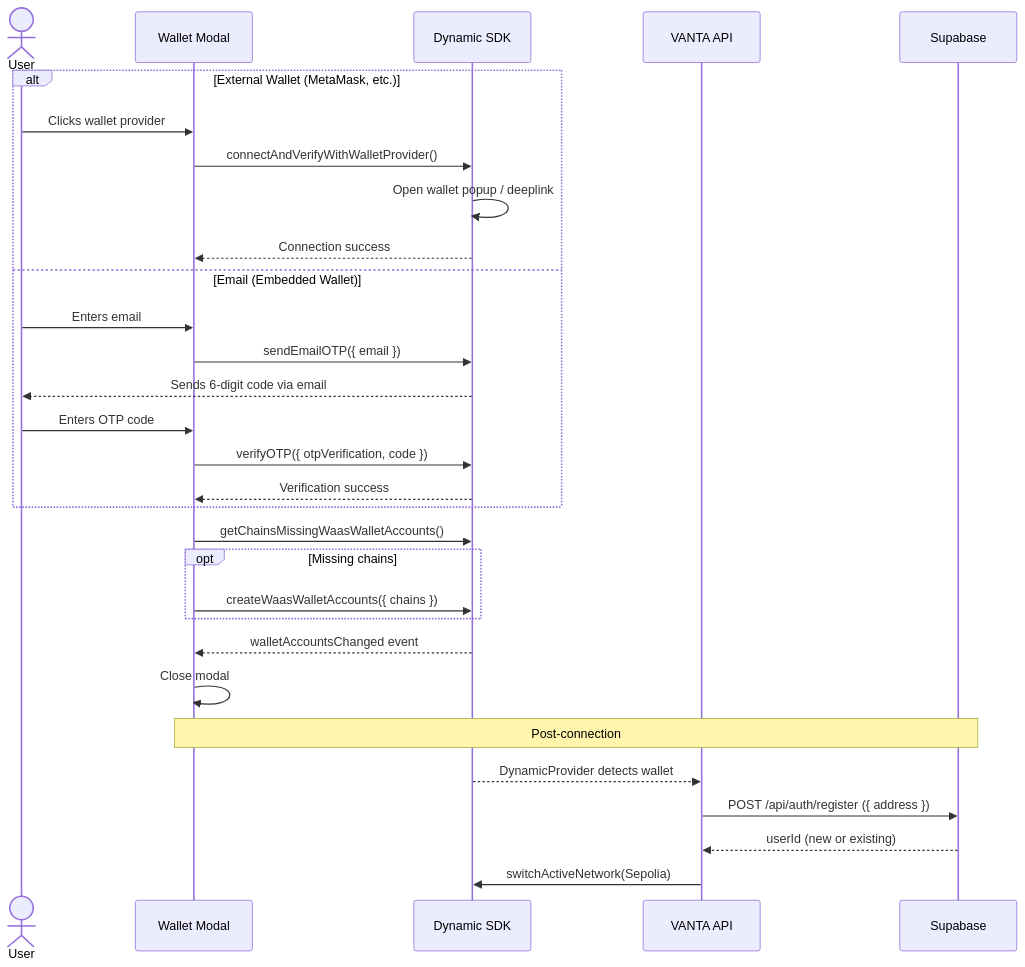
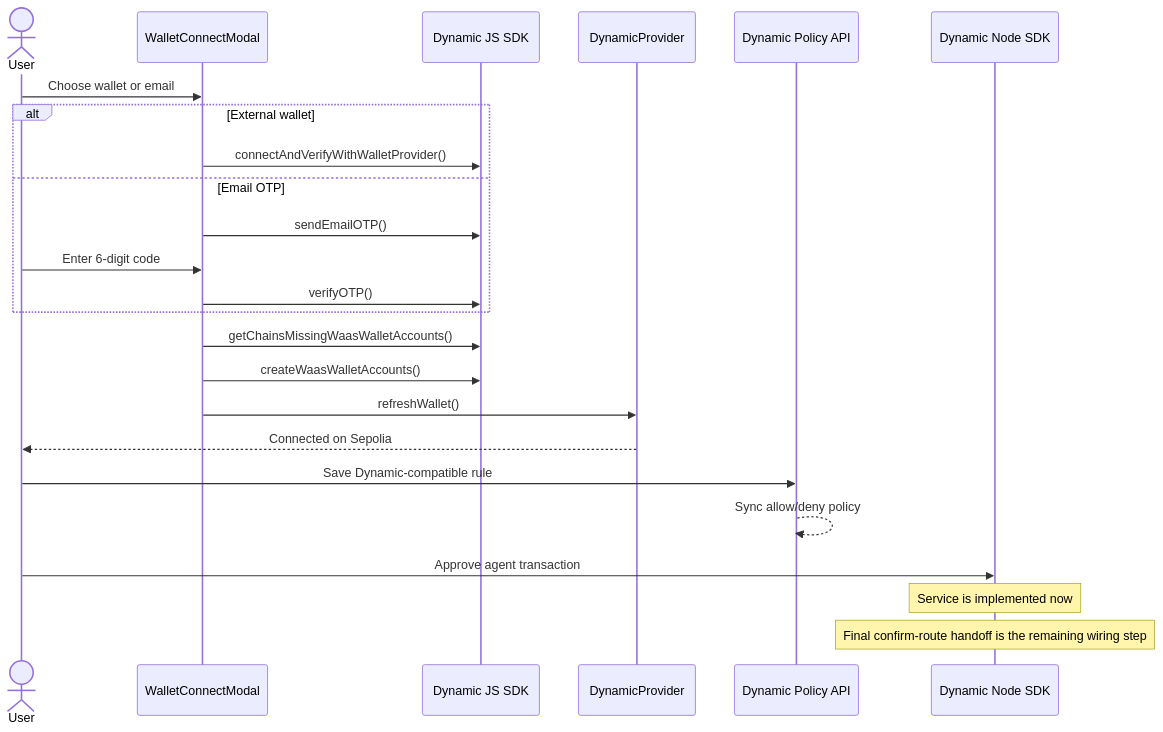
The second of 3 diagrams in docs/dynamic-integration.md (pranshurastogi/VANTA), drawn with Mermaid before and after one commit. The commit also changed other lines of this file and 33 other files, not shown here.

````diff
--- a/docs/dynamic-integration.md
+++ b/docs/dynamic-integration.md
@@ -716,37 +55,29 @@
 ```mermaid
 sequenceDiagram
     actor User
-    participant Modal as Wallet Modal
-    participant SDK as Dynamic SDK
-    participant API as VANTA API
-    participant DB as Supabase
+    participant Modal as WalletConnectModal
+    participant JS as Dynamic JS SDK
+    participant Provider as DynamicProvider
+    participant Rules as Dynamic Policy API
+    participant Node as Dynamic Node SDK
 
-    alt External Wallet (MetaMask, etc.)
-        User->>Modal: Clicks wallet provider
-        Modal->>SDK: connectAndVerifyWithWalletProvider()
-        SDK->>SDK: Open wallet popup / deeplink
-        SDK-->>Modal: Connection success
-    else Email (Embedded Wallet)
-        User->>Modal: Enters email
-        Modal->>SDK: sendEmailOTP({ email })
-        SDK-->>User: Sends 6-digit code via email
-        User->>Modal: Enters OTP code
-        Modal->>SDK: verifyOTP({ otpVerification, code })
-        SDK-->>Modal: Verification success
+    User->>Modal: Choose wallet or email
+    alt External wallet
+        Modal->>JS: connectAndVerifyWithWalletProvider()
+    else Email OTP
+        Modal->>JS: sendEmailOTP()
+        User->>Modal: Enter 6-digit code
+        Modal->>JS: verifyOTP()
     end
+    Modal->>JS: getChainsMissingWaasWalletAccounts()
+    Modal->>JS: createWaasWalletAccounts()
+    Modal->>Provider: refreshWallet()
+    Provider-->>User: Connected on Sepolia
 
-    Modal->>SDK: getChainsMissingWaasWalletAccounts()
-    opt Missing chains
-        Modal->>SDK: createWaasWalletAccounts({ chains })
-    end
+    User->>Rules: Save Dynamic-compatible rule
+    Rules-->>Rules: Sync allow/deny policy
 
-    SDK-->>Modal: walletAccountsChanged event
-    Modal->>Modal: Close modal
-
-    Note over Modal,DB: Post-connection
-
-    SDK-->>API: DynamicProvider detects wallet
-    API->>DB: POST /api/auth/register ({ address })
-    DB-->>API: userId (new or existing)
-    API->>SDK: switchActiveNetwork(Sepolia)
+    User->>Node: Approve agent transaction
+    Note over Node: Service is implemented now
+    Note over Node: Final confirm-route handoff is the remaining wiring step
 ```
````
